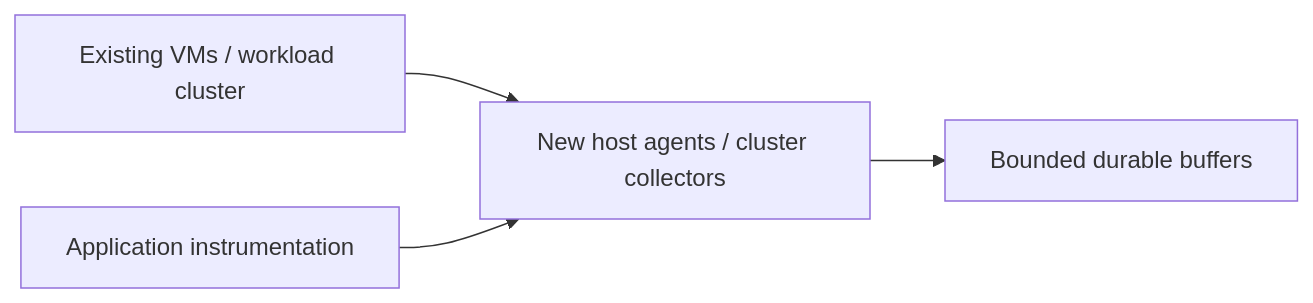
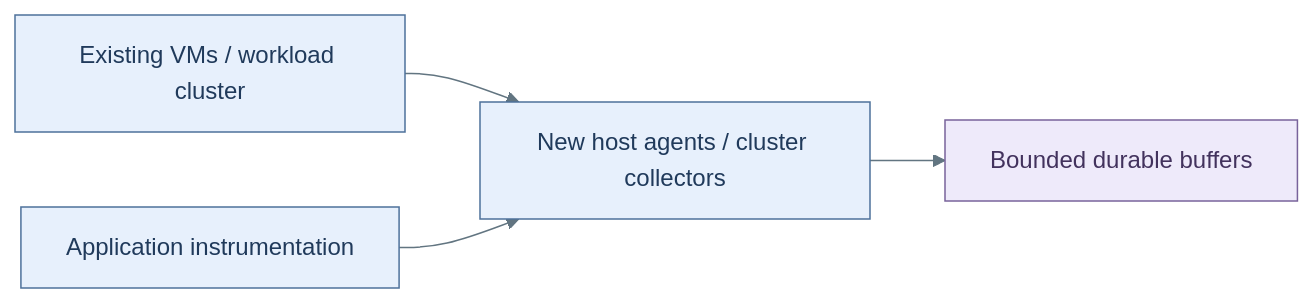
Before and after one commit to Rexus/homelab: the first of 3 diagrams in docs/deployment/stage-6-workloads/telemetry.md, drawn with Mermaid. The commit also changed other lines of this file and 49 other files, not shown here.

Commit message:
docs(diagrams): clarify tier layouts and visual styles

````diff
--- a/docs/deployment/stage-6-workloads/telemetry.md
+++ b/docs/deployment/stage-6-workloads/telemetry.md
@@ -20,5 +20,11 @@
 ```mermaid
+%%{init: {"theme":"base","themeVariables":{"lineColor":"#627581","edgeLabelBackground":"#f8fafc"}}}%%
 flowchart LR
   Runtime["Existing VMs / workload cluster"] --> Agents["New host agents / cluster collectors"]
   Apps["Application instrumentation"] --> Agents --> Queue["Bounded durable buffers"]
+  classDef default fill:#f8fafc,stroke:#64748b,color:#1f2937
+  classDef services fill:#e7f0fc,stroke:#4d719b,color:#203a5b
+  classDef data fill:#eeeafa,stroke:#78639b,color:#42325d
+  class Runtime,Apps,Agents services
+  class Queue data
 ```
````
